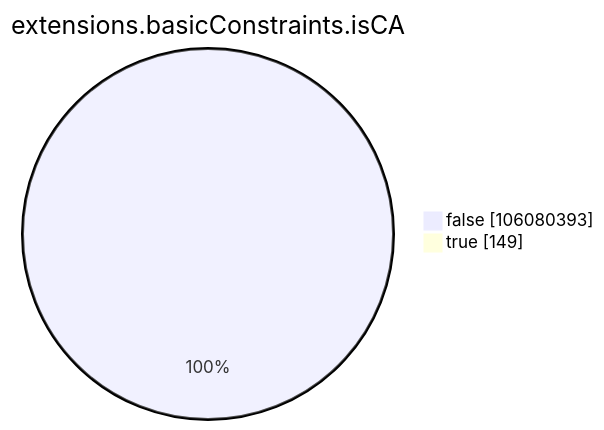
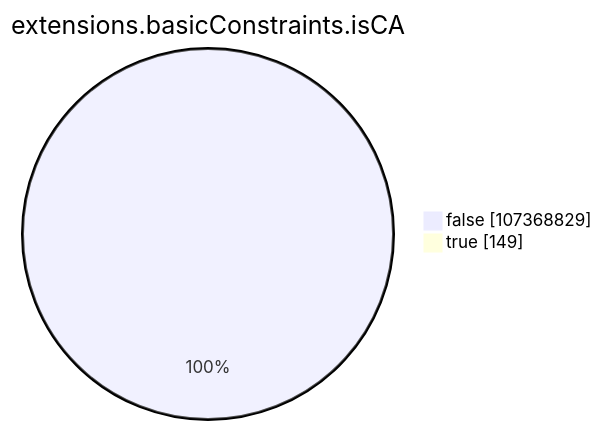
One commit to christiankrug/ctmonitor_visualization changed the seventh of 15 diagrams in xenon2023/README.md. Above: the diagram before and after it, drawn with Mermaid. The commit also changed other lines of this file, not shown here.

````diff
--- a/xenon2023/README.md
+++ b/xenon2023/README.md
@@ -2125,6 +2129,6 @@
 ```mermaid
 pie showData
 title extensions.basicConstraints.isCA
-"false" :106080393
+"false" :107368829
 "true" :149
 ```
````
